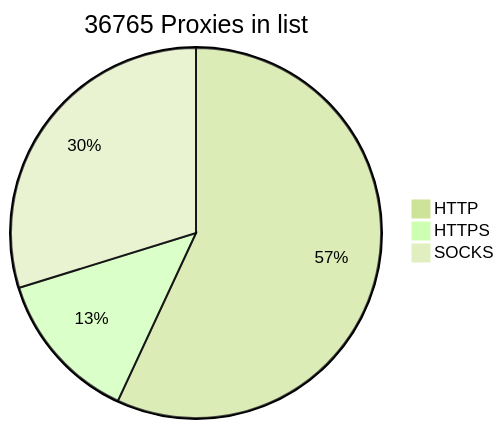
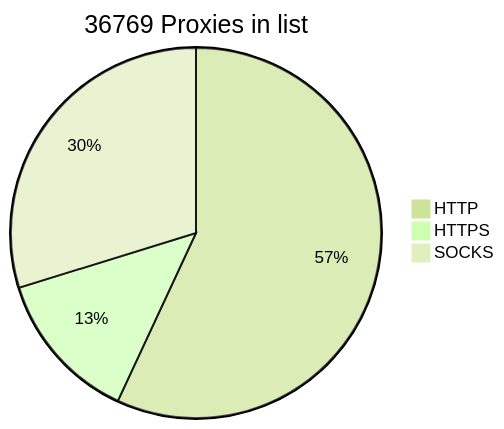
One commit to BlackSnowDot/proxylist-update-every-minute changed the diagram in README.md. Above: the diagram before and after it, drawn with Mermaid (forest theme).

````diff
--- a/README.md
+++ b/README.md
@@ -2,6 +2,6 @@
 ```mermaid
-pie title 36765 Proxies in list
-    "HTTP" : 23266
-    "HTTPS": 5431
+pie title 36769 Proxies in list
+    "HTTP" : 23271
+    "HTTPS": 5435
     "SOCKS" : 12170
 ```
````
